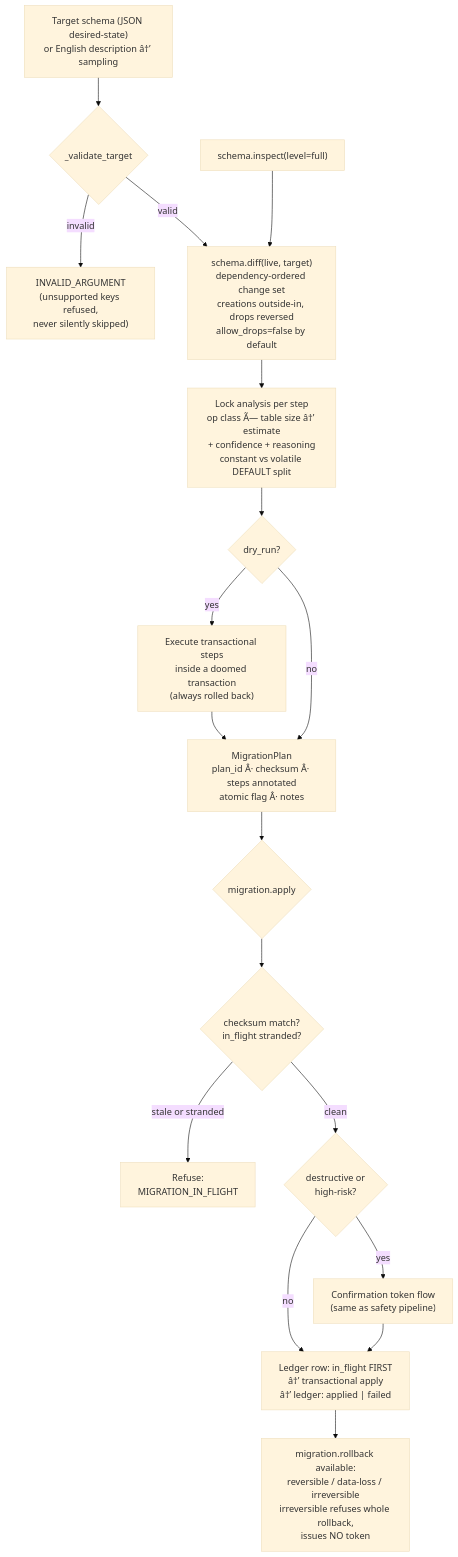
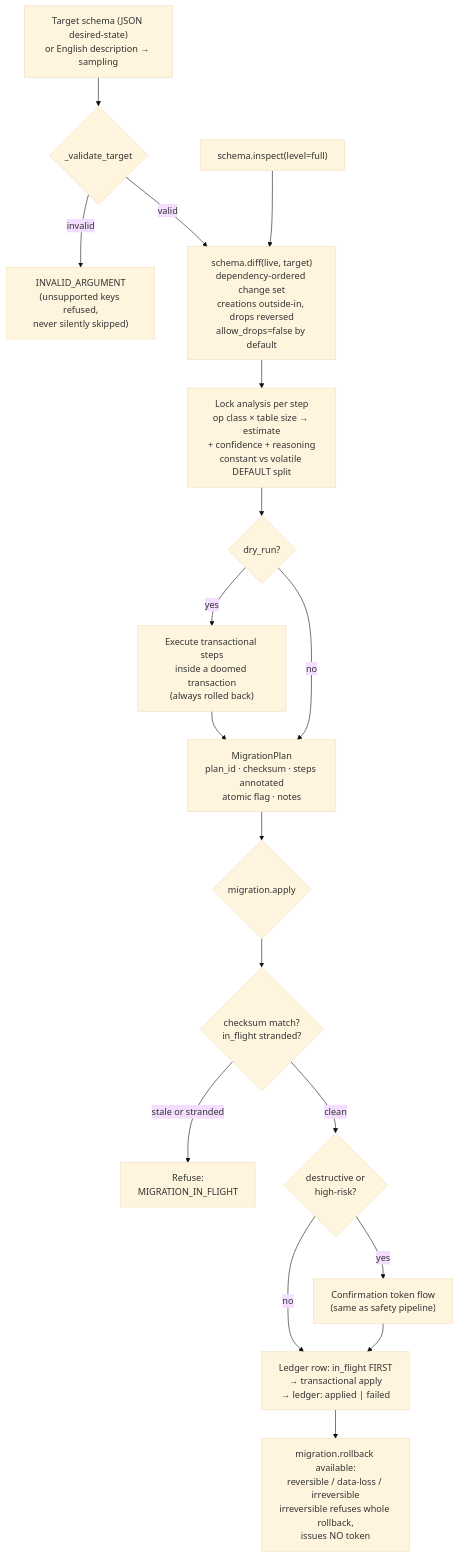
The third of 4 diagrams in internal/SYSTEM_DESIGN.md (arzharch/pgops-mcp), drawn with Mermaid (base theme) before and after one commit. The commit also changed other lines of this file and 6 other files, not shown here.

````diff
--- a/internal/SYSTEM_DESIGN.md
+++ b/internal/SYSTEM_DESIGN.md
@@ -106,20 +106,20 @@
 ```mermaid
 flowchart TB
-    T["Target schema (JSON desired-state)<br/>or English description â†’ sampling"] --> V{"_validate_target"}
+    T["Target schema (JSON desired-state)<br/>or English description → sampling"] --> V{"_validate_target"}
     V -->|invalid| ERR1["INVALID_ARGUMENT<br/>(unsupported keys refused,<br/>never silently skipped)"]
     V -->|valid| DIFF["schema.diff(live, target)<br/>dependency-ordered change set<br/>creations outside-in, drops reversed<br/>allow_drops=false by default"]
     LIVE["schema.inspect(level=full)"] --> DIFF
-    DIFF --> LA["Lock analysis per step<br/>op class Ã— table size â†’ estimate<br/>+ confidence + reasoning<br/>constant vs volatile DEFAULT split"]
+    DIFF --> LA["Lock analysis per step<br/>op class × table size → estimate<br/>+ confidence + reasoning<br/>constant vs volatile DEFAULT split"]
     LA --> DR{"dry_run?"}
     DR -->|yes| TXN["Execute transactional steps<br/>inside a doomed transaction<br/>(always rolled back)"]
-    TXN --> PLAN["MigrationPlan<br/>plan_id Â· checksum Â· steps annotated<br/>atomic flag Â· notes"]
+    TXN --> PLAN["MigrationPlan<br/>plan_id · checksum · steps annotated<br/>atomic flag · notes"]
     DR -->|no| PLAN
     PLAN --> APPLY{"migration.apply"}
     APPLY --> CK{"checksum match?<br/>in_flight stranded?"}
     CK -->|stale or stranded| ERR2["Refuse:<br/>MIGRATION_IN_FLIGHT"]
     CK -->|clean| CONF{"destructive or<br/>high-risk?"}
     CONF -->|yes| TOK["Confirmation token flow<br/>(same as safety pipeline)"]
     CONF -->|no| EXEC
-    TOK --> EXEC["Ledger row: in_flight FIRST<br/>â†’ transactional apply<br/>â†’ ledger: applied | failed"]
+    TOK --> EXEC["Ledger row: in_flight FIRST<br/>→ transactional apply<br/>→ ledger: applied | failed"]
     EXEC --> RB["migration.rollback available:<br/>reversible / data-loss / irreversible<br/>irreversible refuses whole rollback,<br/>issues NO token"]
 ```
````
